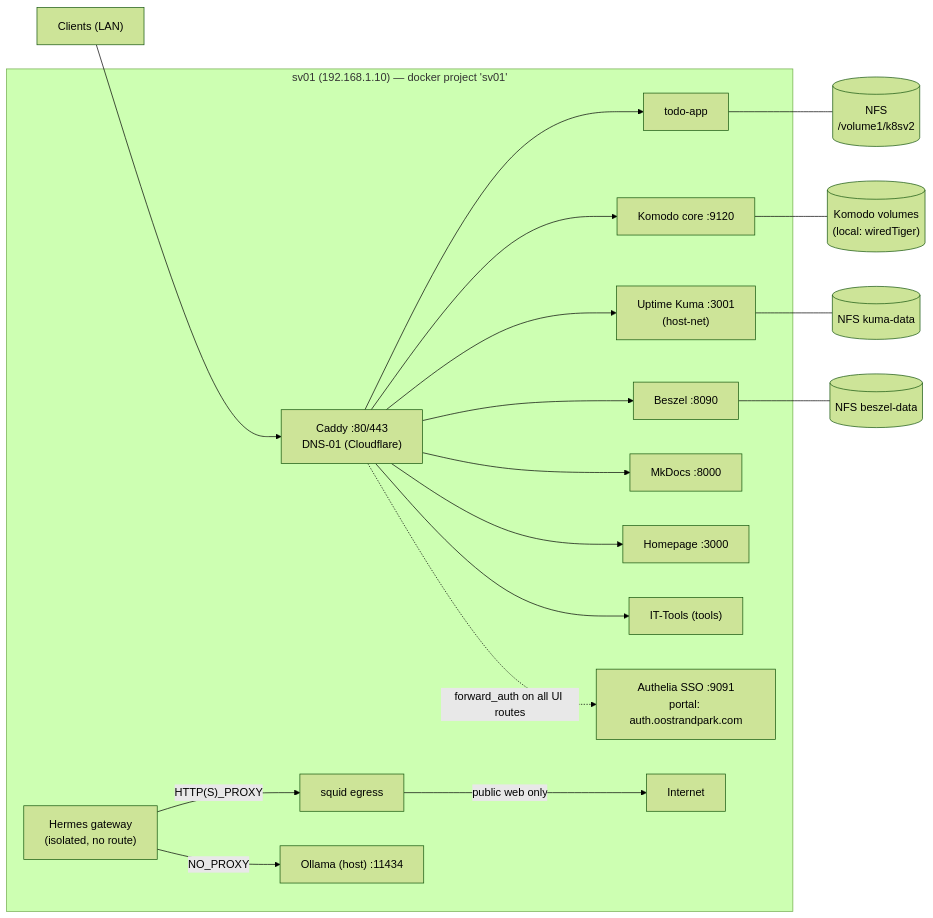
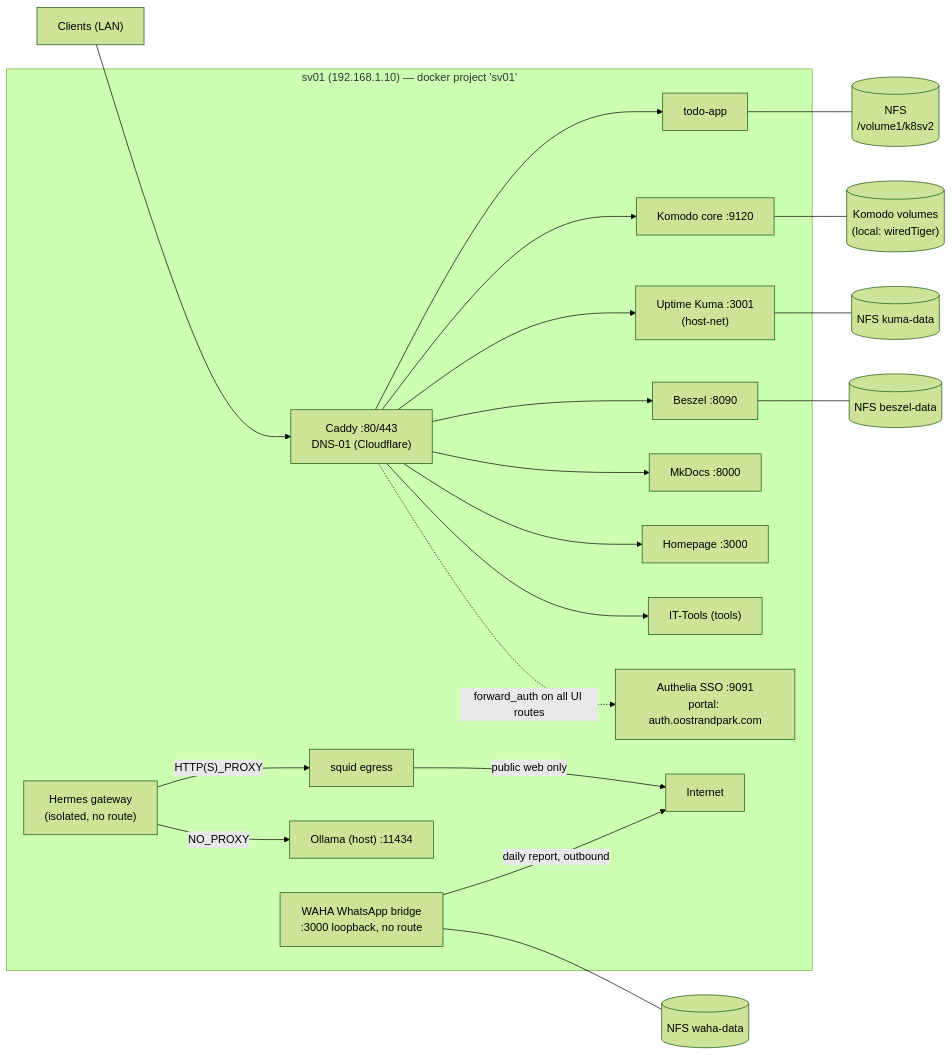
One commit to RKruit/k3s-gitops changed the diagram in docs/index.md. Above: the diagram before and after it, drawn with Mermaid (forest theme). The commit also changed other lines of this file and 8 other files, not shown here.

Commit message:
feat(waha): WhatsApp-bridge (WAHA, NOWEB) op sv01 voor het dagrapport — compose-service (loopback :3000, NFS-sessies), Kuma-port-monitor + docs

````diff
--- a/docs/index.md
+++ b/docs/index.md
@@ -30,21 +30,23 @@
 ```mermaid
 flowchart LR
     user["Clients (LAN)"] --> caddy
     subgraph sv01["sv01 (192.168.1.10) — docker project 'sv01'"]
         caddy["Caddy :80/443<br>DNS-01 (Cloudflare)"] --> todo["todo-app"]
         caddy --> komodo["Komodo core :9120"]
         caddy --> kuma["Uptime Kuma :3001<br>(host-net)"]
         caddy --> beszel["Beszel :8090"]
         caddy --> docs_site["MkDocs :8000"]
         caddy --> homepage["Homepage :3000"]
         caddy --> ittools["IT-Tools (tools)"]
         caddy -. "forward_auth on all UI routes" .-> authelia["Authelia SSO :9091<br>portal: auth.oostrandpark.com"]
         hermes["Hermes gateway<br>(isolated, no route)"] -- "HTTP(S)_PROXY" --> squid["squid egress"]
         squid -- "public web only" --> net["Internet"]
         hermes -- "NO_PROXY" --> ollama["Ollama (host) :11434"]
+        waha["WAHA WhatsApp bridge<br>:3000 loopback, no route"] -- "daily report, outbound" --> net
     end
     todo --- v1[("NFS<br>/volume1/k8sv2")]
     komodo --- v2[("Komodo volumes<br>(local: wiredTiger)")]
     kuma --- v3[("NFS kuma-data")]
     beszel --- v4[("NFS beszel-data")]
+    waha --- v5[("NFS waha-data")]
 ```
````
